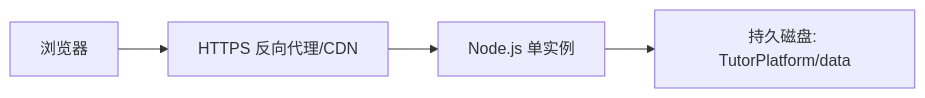
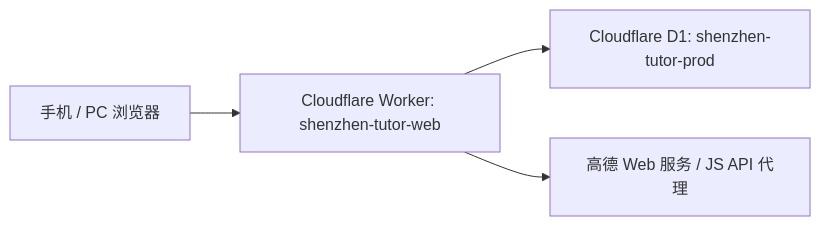
The diagram in docs/DEPLOYMENT.md (lzhdelife/shenzhen-tutor-web), drawn with Mermaid before and after one commit. The commit also changed other lines of this file and 4 other files, not shown here.

````diff
--- a/docs/DEPLOYMENT.md
+++ b/docs/DEPLOYMENT.md
@@ -17,6 +7,6 @@
 ```mermaid
 flowchart LR
-    U["浏览器"] --> H["HTTPS 反向代理/CDN"]
-    H --> N["Node.js 单实例"]
-    N --> D["持久磁盘: TutorPlatform/data"]
+    U["手机 / PC 浏览器"] --> C["Cloudflare Worker: shenzhen-tutor-web"]
+    C --> D["Cloudflare D1: shenzhen-tutor-prod"]
+    C --> A["高德 Web 服务 / JS API 代理"]
 ```
````
